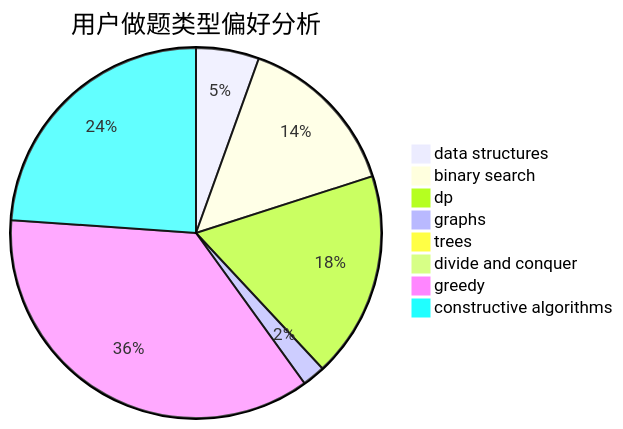
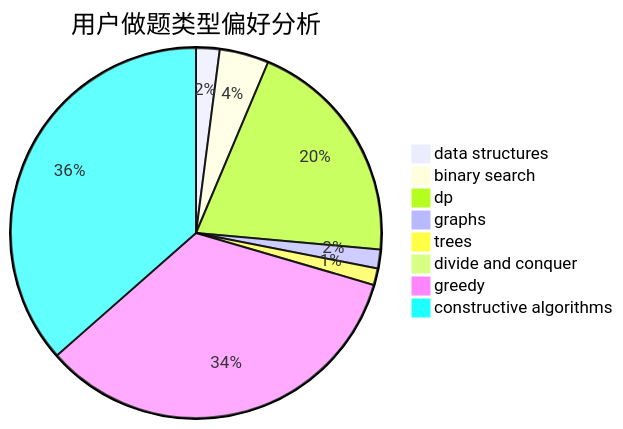
One commit to sherpahu/cfrs.github.io changed the second of 3 diagrams in docs/user/u904.md. Above: the diagram before and after it, drawn with Mermaid. The commit also changed other lines of this file and 2770 other files, not shown here.

````diff
--- a/docs/user/u904.md
+++ b/docs/user/u904.md
@@ -23,11 +23,11 @@
 ```mermaid
 pie title 用户做题类型偏好分析
-    "data structures" :  113
-    "binary search" :  299
-    "dp" :  370
-    "graphs" :  41
-    "trees" :  11
-    "divide and conquer" :  9
-    "greedy" :  741
-    "constructive algorithms" :  491
+    "data structures" :  41
+    "binary search" :  86
+    "dp" :  401
+    "graphs" :  33
+    "trees" :  29
+    "divide and conquer" :  20
+    "greedy" :  679
+    "constructive algorithms" :  729
 ```
````
